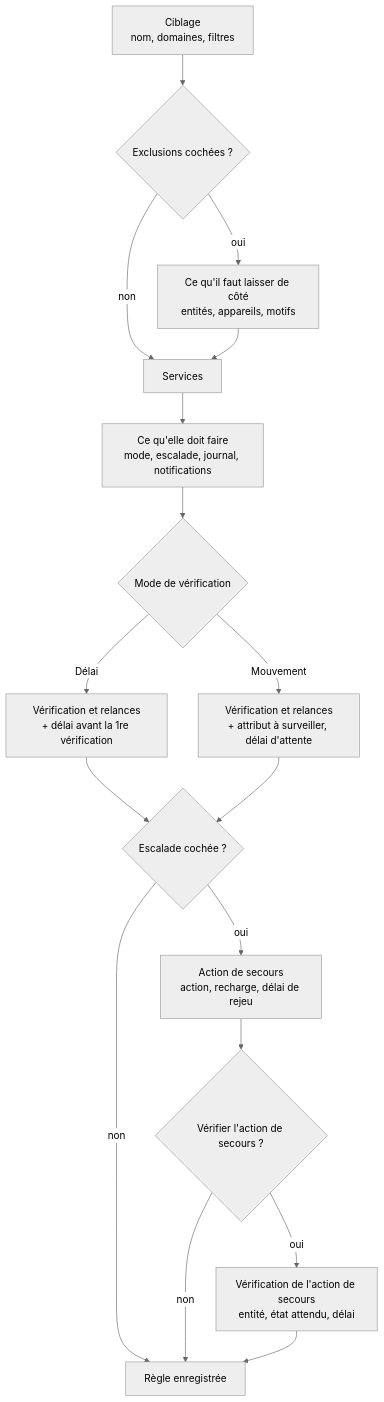
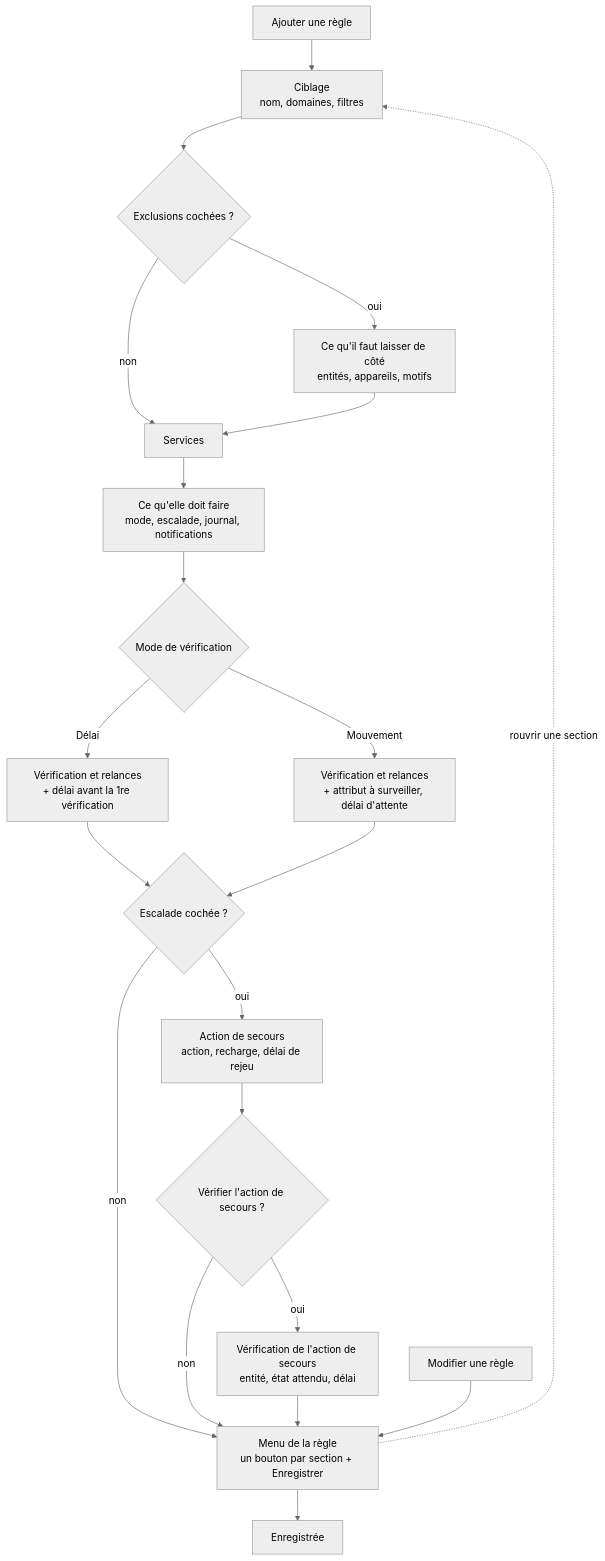
Before and after one commit to cddu33/ha-action_control: the third of 3 diagrams in docs/documentation.fr.md, drawn with Mermaid (neutral theme). The commit also changed other lines of this file and 12 other files, not shown here.

````diff
--- a/docs/documentation.fr.md
+++ b/docs/documentation.fr.md
@@ -159,19 +168,23 @@
 ```mermaid
 flowchart TD
+    N["Ajouter une règle"] --> A
     A["Ciblage<br/>nom, domaines, filtres"] --> A2{"Exclusions cochées ?"}
     A2 -->|non| B["Services"]
     A2 -->|oui| A3["Ce qu'il faut laisser de côté<br/>entités, appareils, motifs"]
     A3 --> B
     B --> C["Ce qu'elle doit faire<br/>mode, escalade, journal, notifications"]
     C --> D{"Mode de vérification"}
     D -->|Délai| E["Vérification et relances<br/>+ délai avant la 1re vérification"]
     D -->|Mouvement| F["Vérification et relances<br/>+ attribut à surveiller, délai d'attente"]
     E --> G{"Escalade cochée ?"}
     F --> G
-    G -->|non| Z["Règle enregistrée"]
+    G -->|non| Z
     G -->|oui| H["Action de secours<br/>action, recharge, délai de rejeu"]
     H --> I{"Vérifier l'action de secours ?"}
     I -->|non| Z
     I -->|oui| J["Vérification de l'action de secours<br/>entité, état attendu, délai"]
     J --> Z
+    Z["Menu de la règle<br/>un bouton par section + Enregistrer"] -.->|rouvrir une section| A
+    Z --> S["Enregistrée"]
+    ED["Modifier une règle"] --> Z
 ```
````
